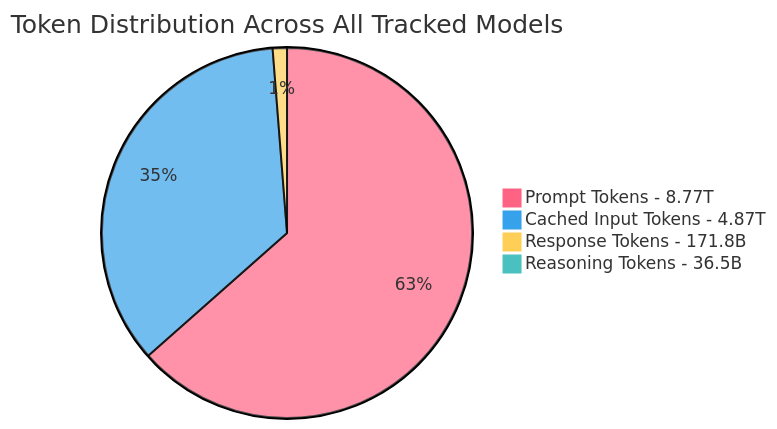
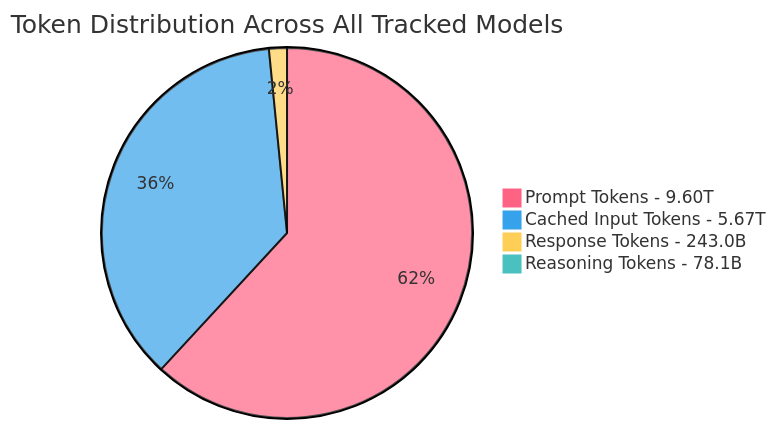
Before and after one commit to johnbean393/openrouter-inference-stats: the fourth of 4 diagrams in README.md, drawn with Mermaid. The commit also changed other lines of this file and 1 other file, not shown here.

````diff
--- a/README.md
+++ b/README.md
@@ -57,9 +57,9 @@
 ```mermaid
 %%{init: {'theme': 'base', 'themeVariables': {'pie1': '#FF6384', 'pie2': '#36A2EB', 'pie3': '#FFCE56', 'pie4': '#4BC0C0', 'pie5': '#9966FF', 'pie6': '#FF9F40', 'pie7': '#2ECC71', 'pie8': '#FF66B2', 'pie9': '#00CCFF', 'pie10': '#E74C3C', 'pie11': '#F39C12', 'pie12': '#1ABC9C'}}}%%
 pie
     title Token Distribution Across All Tracked Models
-    "Prompt Tokens - 8.77T" : 8766336596972
-    "Cached Input Tokens - 4.87T" : 4873405227701
-    "Response Tokens - 171.8B" : 171780022501
-    "Reasoning Tokens - 36.5B" : 36499837270
+    "Prompt Tokens - 9.60T" : 9601291412858
+    "Cached Input Tokens - 5.67T" : 5673896331680
+    "Response Tokens - 243.0B" : 243003865714
+    "Reasoning Tokens - 78.1B" : 78127078242
 ```
````
